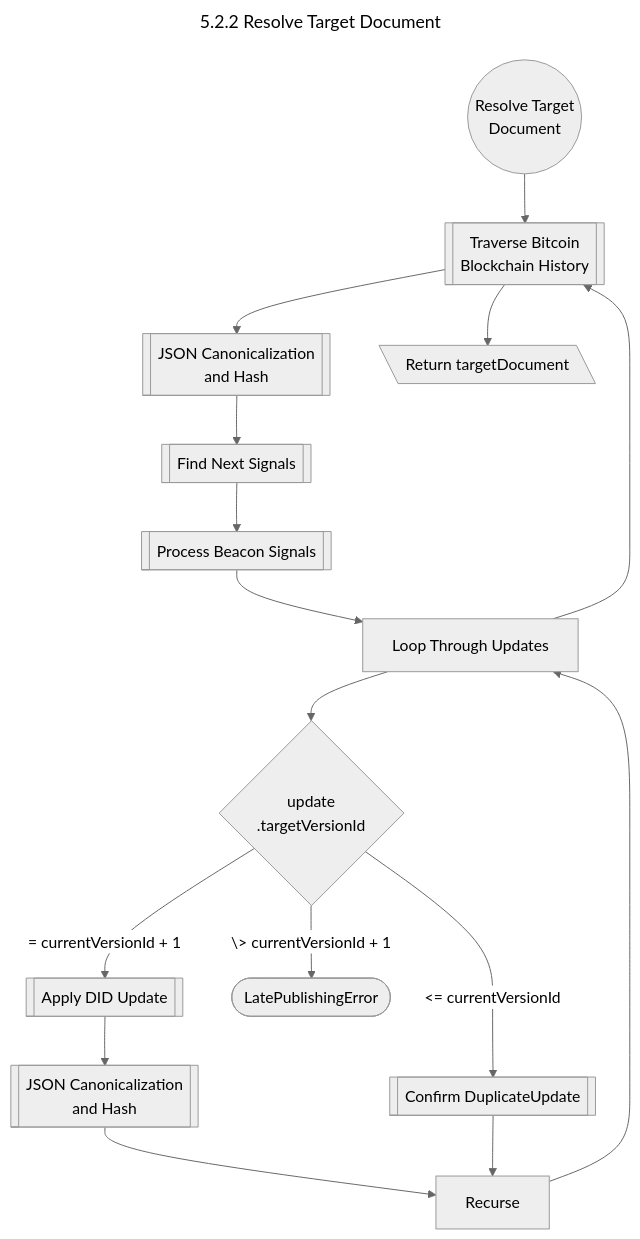
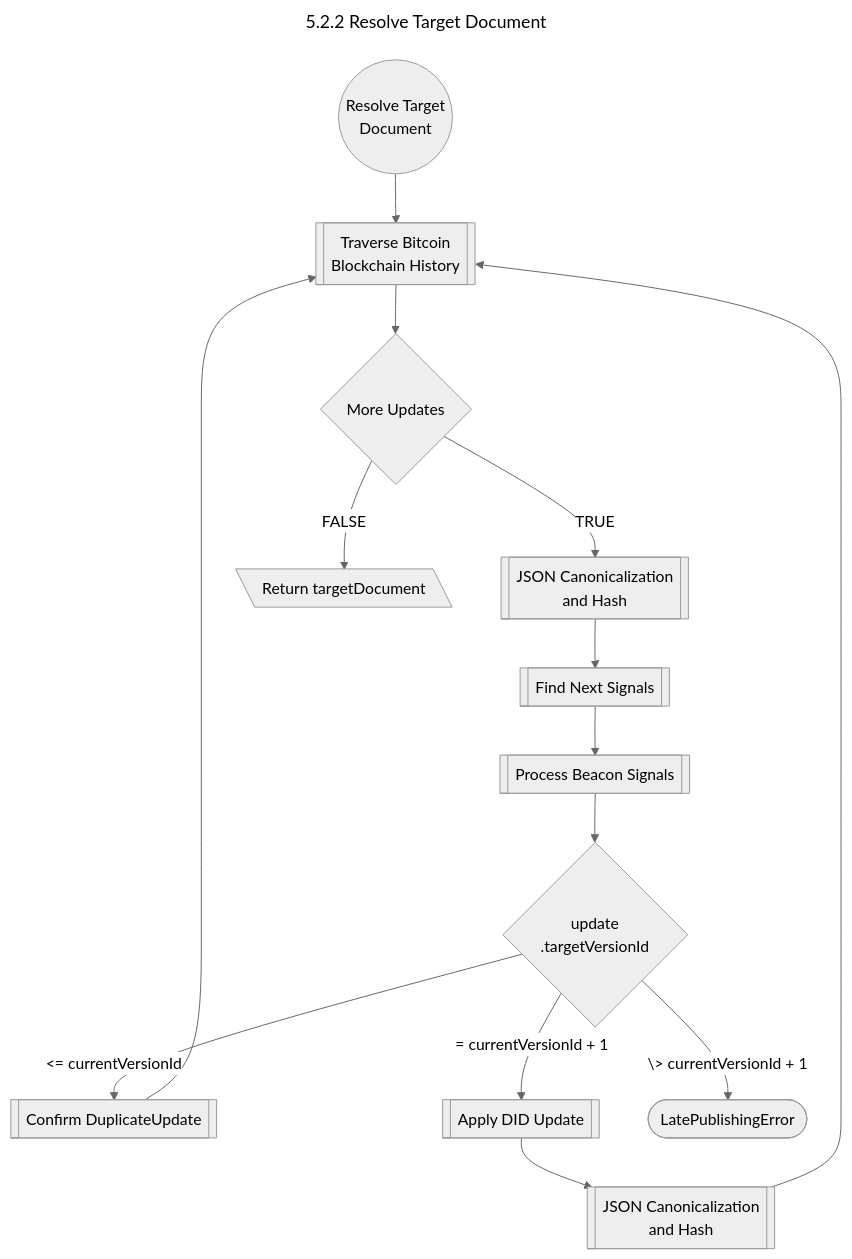
One commit to jintekc/website-btcr2-dev changed the diagram in docs/public/diagrams/crud/read/resolve-target-document-flowchart.mmd. Above: the diagram before and after it, drawn with Mermaid (neutral theme).

Commit message:
init repo

```diff
--- a/docs/public/diagrams/crud/read/resolve-target-document-flowchart.mmd
+++ b/docs/public/diagrams/crud/read/resolve-target-document-flowchart.mmd
@@ -1,21 +1,21 @@
 ---
 title: 5.2.2 Resolve Target Document
 ---
 
 flowchart TD
 
     Start@{ shape: circle, label: "Resolve Target<br>Document" } --> TraverseHistory@{ shape: subproc, label: Traverse Bitcoin<br/>Blockchain History }
-    TraverseHistory --> JSONCanonicalizeHash1@{shape: subproc, label: JSON Canonicalization<br/>and Hash}
+    TraverseHistory --> MoreUpdates{More Updates}
+    MoreUpdates -->|TRUE| JSONCanonicalizeHash1@{shape: subproc, label: JSON Canonicalization<br/>and Hash}
     JSONCanonicalizeHash1 --> FindNextSignals@{shape: subproc, label: Find Next Signals}
     FindNextSignals --> ProcessBeaconSignals@{shape: subproc, label: Process Beacon Signals}
-    ProcessBeaconSignals --> LoopUpdates[Loop Through Updates]
-    LoopUpdates --> TargetVersionId{ update<br/>.targetVersionId }
+    ProcessBeaconSignals --> TargetVersionId{ update<br/>.targetVersionId }
     TargetVersionId -->| <= currentVersionId| ConfirmDupeUpdate@{shape: subproc, label: Confirm DuplicateUpdate} 
     TargetVersionId -->| = currentVersionId + 1| ApplyDidUpdate@{shape: subproc, label: Apply DID Update}
     ApplyDidUpdate --> JSONCanonicalizeHash2@{shape: subproc, label: JSON Canonicalization<br/>and Hash}
-    JSONCanonicalizeHash2 --> Recurse
+    JSONCanonicalizeHash2 --> TraverseHistory
     TargetVersionId -->| \> currentVersionId + 1| LatePublishing@{ shape: stadium, label: "LatePublishingError" }
-    ConfirmDupeUpdate --> Recurse
-    Recurse --> LoopUpdates
-    LoopUpdates --> TraverseHistory
-    TraverseHistory --> ReturnTargetDocument@{shape: lean-l, label: Return targetDocument}
+    ConfirmDupeUpdate --> TraverseHistory
+
+    
+    MoreUpdates -->|FALSE| ReturnTargetDocument@{shape: lean-l, label: Return targetDocument}
```
